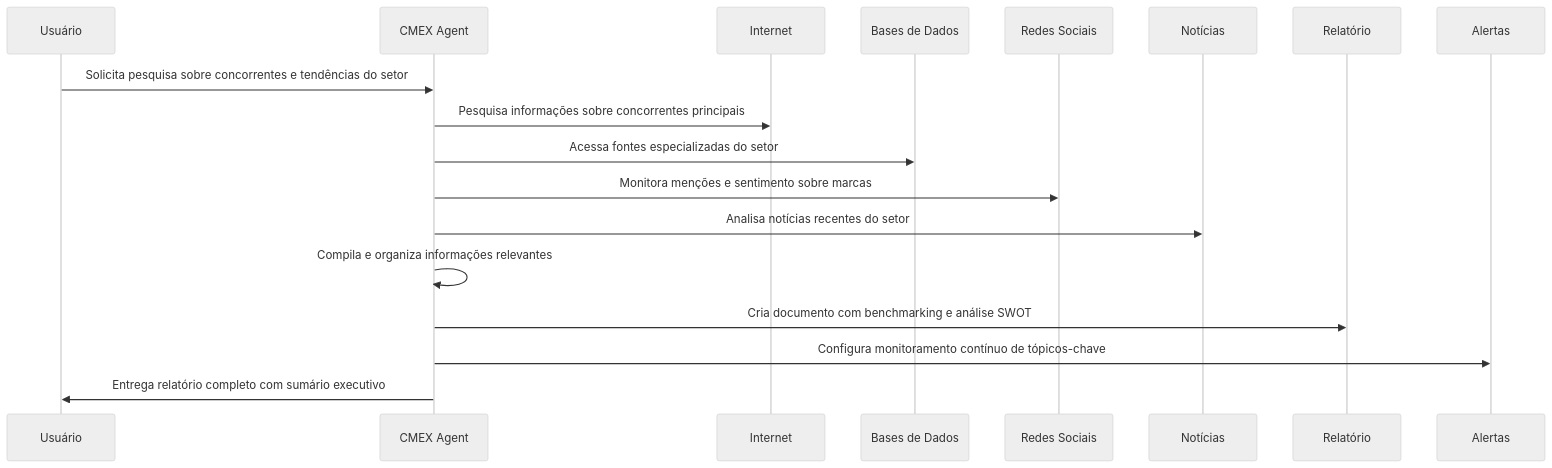
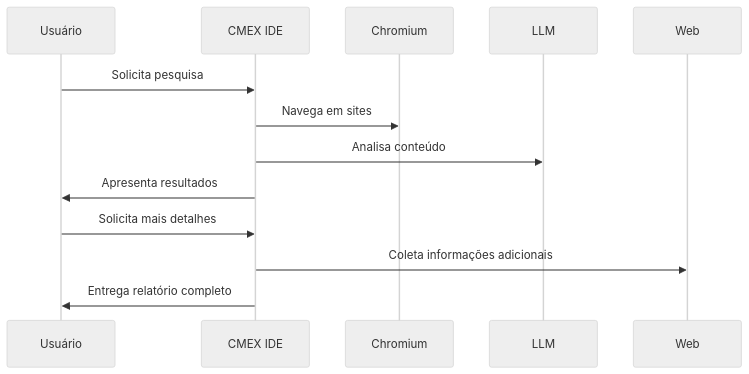
Before and after one commit to nextlw/cmex_poc: the fourth of 7 diagrams in docs/apresentacao/agente_ia_generativo-press.md, drawn with Mermaid (neutral theme). The commit also changed other lines of this file and 7 other files, not shown here.

````diff
--- a/docs/apresentacao/agente_ia_generativo-press.md
+++ b/docs/apresentacao/agente_ia_generativo-press.md
@@ -114,12 +86,10 @@
 ```mermaid
 sequenceDiagram
-    Usuário->>CMEX Agent: Solicita pesquisa sobre concorrentes e tendências do setor
-    CMEX Agent->>Internet: Pesquisa informações sobre concorrentes principais
-    CMEX Agent->>Bases de Dados: Acessa fontes especializadas do setor
-    CMEX Agent->>Redes Sociais: Monitora menções e sentimento sobre marcas
-    CMEX Agent->>Notícias: Analisa notícias recentes do setor
-    CMEX Agent->>CMEX Agent: Compila e organiza informações relevantes
-    CMEX Agent->>Relatório: Cria documento com benchmarking e análise SWOT
-    CMEX Agent->>Alertas: Configura monitoramento contínuo de tópicos-chave
-    CMEX Agent->>Usuário: Entrega relatório completo com sumário executivo
+    Usuário->>CMEX IDE: Solicita pesquisa
+    CMEX IDE->>Chromium: Navega em sites
+    CMEX IDE->>LLM: Analisa conteúdo
+    CMEX IDE->>Usuário: Apresenta resultados
+    Usuário->>CMEX IDE: Solicita mais detalhes
+    CMEX IDE->>Web: Coleta informações adicionais
+    CMEX IDE->>Usuário: Entrega relatório completo
 ```
````
